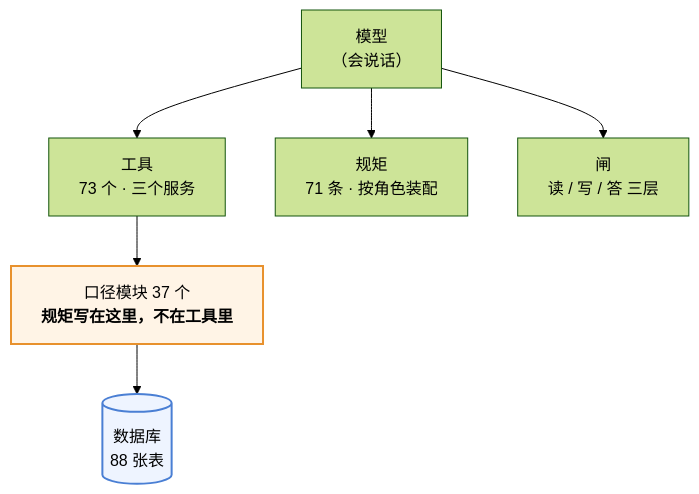
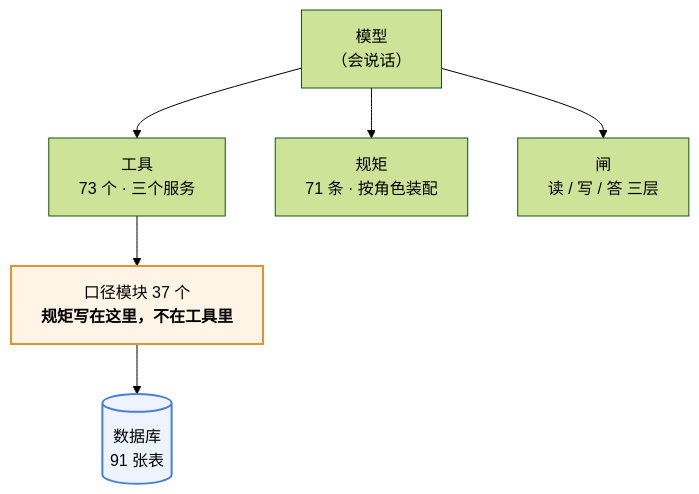
One commit to 843773296-rgb/lanxiu-yunshang-agent changed the first of 3 diagrams in 澜绣云裳agent-产品说明.md. Above: the diagram before and after it, drawn with Mermaid (forest theme). The commit also changed other lines of this file and 10 other files, not shown here.

````diff
--- a/澜绣云裳agent-产品说明.md
+++ b/澜绣云裳agent-产品说明.md
@@ -62,12 +62,12 @@
 ```mermaid
 flowchart TD
     M["模型<br/>（会说话）"]
     M --> T["工具<br/>73 个 · 三个服务"]
     M --> R["规矩<br/>71 条 · 按角色装配"]
     M --> G["闸<br/>读 / 写 / 答 三层"]
     T --> K["口径模块 37 个<br/><b>规矩写在这里，不在工具里</b>"]
-    K --> DB[("数据库<br/>88 张表")]
+    K --> DB[("数据库<br/>91 张表")]
 
     style K fill:#fff4e6,stroke:#e8912d,stroke-width:2px
     style DB fill:#eef4ff,stroke:#4a7fd4,stroke-width:2px
 ```
````
